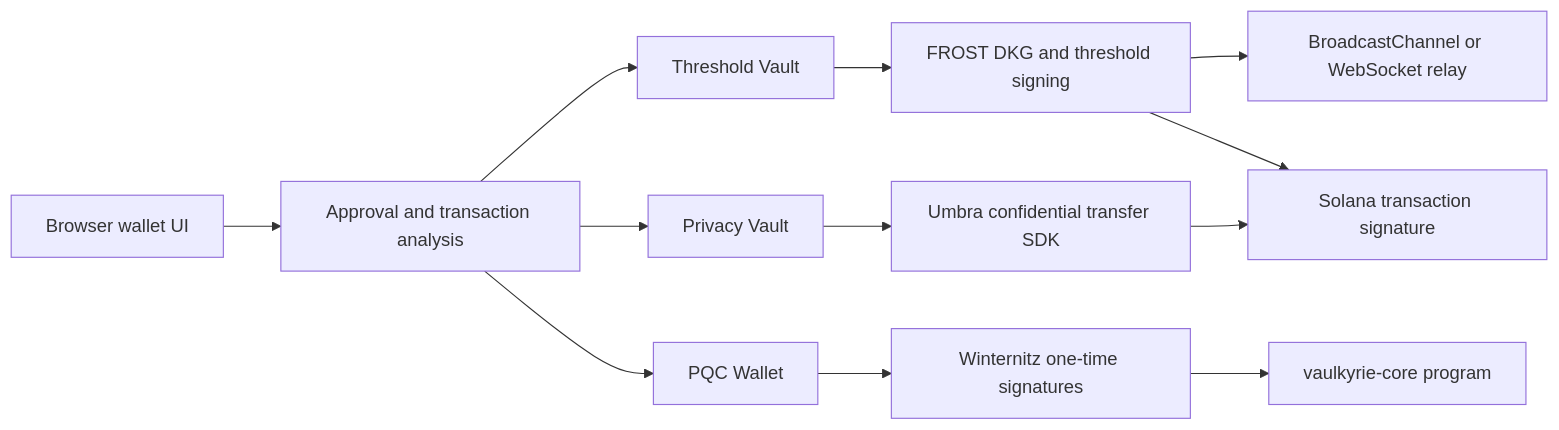
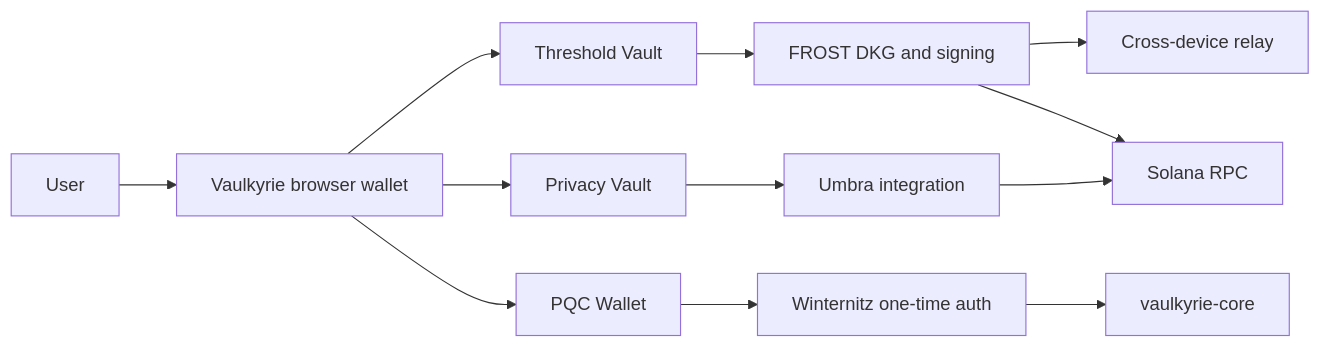
Before and after one commit to Naveen-6087/vaulkyrie-docs: the diagram in index.mdx, drawn with Mermaid. The commit also changed other lines of this file and 8 other files, not shown here.

````diff
--- a/index.mdx
+++ b/index.mdx
@@ -37,14 +53,14 @@
 ```mermaid
 flowchart LR
-  UI[Browser wallet UI] --> Approval[Approval and transaction analysis]
-  Approval --> Threshold[Threshold Vault]
-  Approval --> PQC[PQC Wallet]
-  Approval --> Privacy[Privacy Vault]
-  Threshold --> FROST[FROST DKG and threshold signing]
-  FROST --> Relay[BroadcastChannel or WebSocket relay]
-  PQC --> WOTS[Winternitz one-time signatures]
-  Privacy --> Umbra[Umbra confidential transfer SDK]
-  FROST --> Solana[Solana transaction signature]
-  WOTS --> Core[vaulkyrie-core program]
+  User[User] --> Browser[Vaulkyrie browser wallet]
+  Browser --> Threshold[Threshold Vault]
+  Browser --> PQC[PQC Wallet]
+  Browser --> Privacy[Privacy Vault]
+  Threshold --> FROST[FROST DKG and signing]
+  FROST --> Relay[Cross-device relay]
+  PQC --> WOTS[Winternitz one-time auth]
+  Privacy --> Umbra[Umbra integration]
+  FROST --> Solana[Solana RPC]
+  WOTS --> Core[vaulkyrie-core]
   Umbra --> Solana
 ```
````
